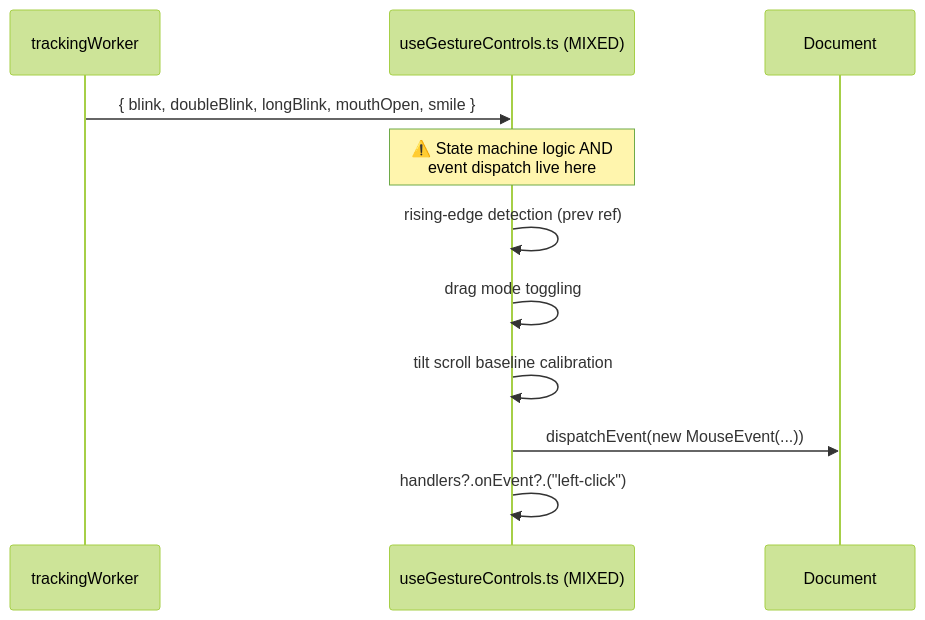
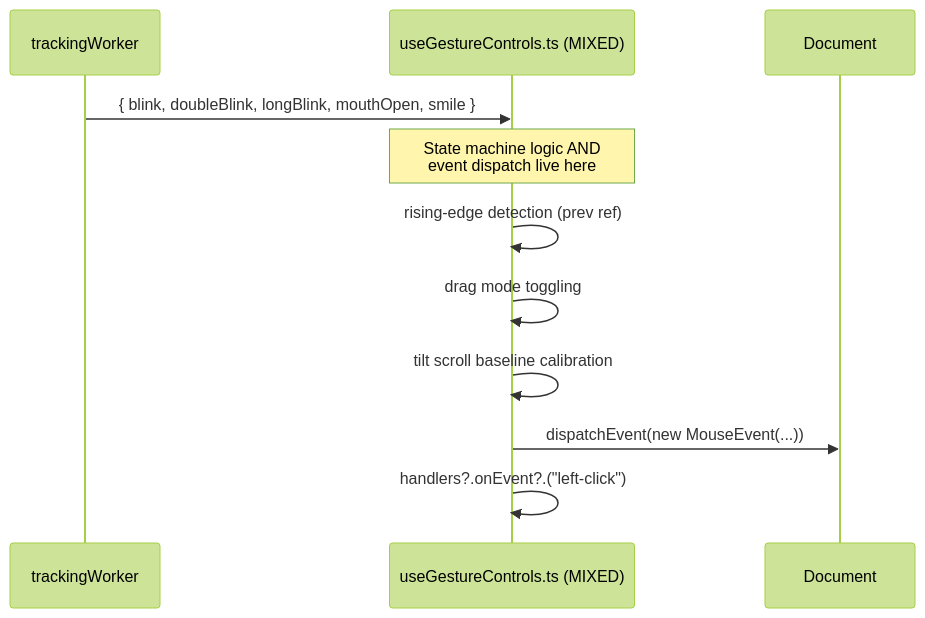
Before and after one commit to aadibhat09/NodCursor: the ninth of 16 diagrams in docs/KANBAN_BOARD.md, drawn with Mermaid (forest theme). The commit also changed other lines of this file and 17 other files, not shown here.

````diff
--- a/docs/KANBAN_BOARD.md
+++ b/docs/KANBAN_BOARD.md
@@ -297,14 +297,14 @@
 ```mermaid
 sequenceDiagram
   participant W as trackingWorker
   participant GC as useGestureControls.ts (MIXED)
   participant DOM as Document
 
   W->>GC: { blink, doubleBlink, longBlink, mouthOpen, smile }
-  Note over GC: ⚠️ State machine logic AND<br/>event dispatch live here
+  Note over GC:  State machine logic AND<br/>event dispatch live here
   GC->>GC: rising-edge detection (prev ref)
   GC->>GC: drag mode toggling
   GC->>GC: tilt scroll baseline calibration
   GC->>DOM: dispatchEvent(new MouseEvent(...))
   GC->>GC: handlers?.onEvent?.("left-click")
 ```
````
